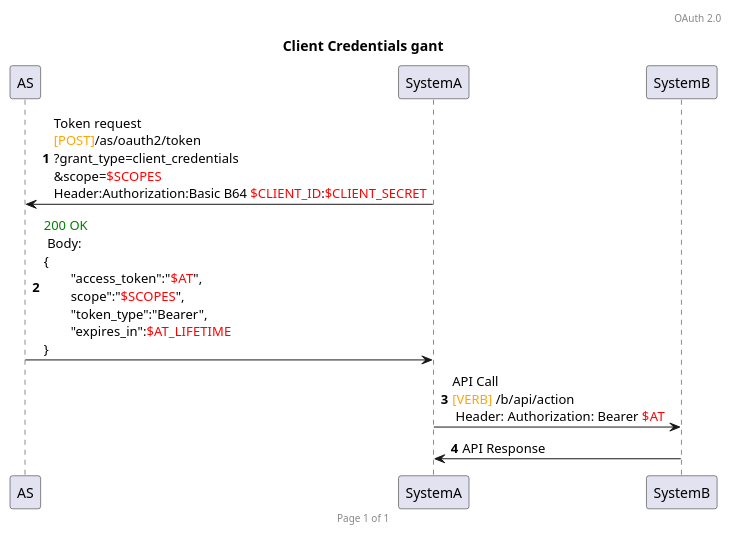
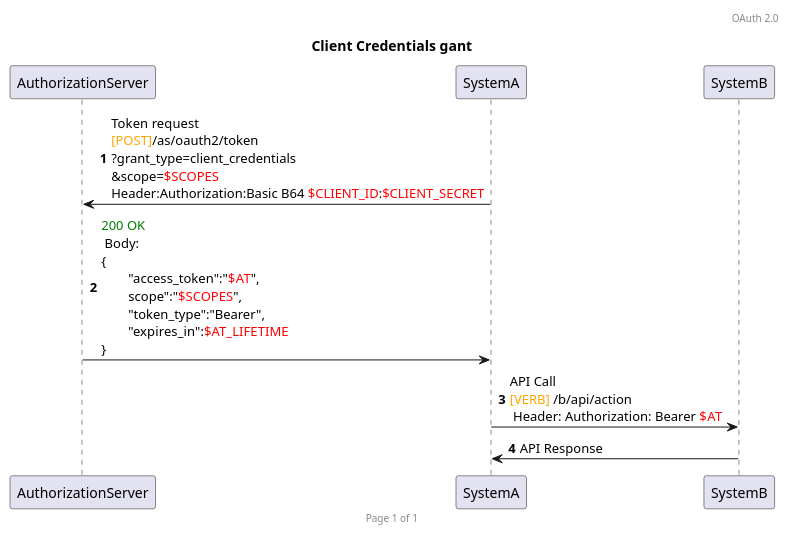
Before and after one commit to HenriLefevrePro/Articles: the diagram in plantuml/oauth2/client_credentials.plantuml, drawn with PlantUML.

```diff
--- a/plantuml/oauth2/client_credentials.plantuml
+++ b/plantuml/oauth2/client_credentials.plantuml
@@ -1,18 +1,18 @@
 @startuml
 
 header OAuth 2.0
 footer Page %page% of %lastpage%
 
 title Client Credentials gant
 autonumber
 
-participant AS
+participant AuthorizationServer
 participant SystemA
 participant SystemB
 
-SystemA -> AS : Token request\n<font color=orange>[POST]</font>/as/oauth2/token\n?grant_type=client_credentials\n&scope=<font color=red>$SCOPES</font>\nHeader:Authorization:Basic B64 <font color=red>$CLIENT_ID</font>:<font color=red>$CLIENT_SECRET</font>
-AS -> SystemA : <font color=green>200 OK</font> \n Body: \n{\n\t"access_token":"<font color=red>$AT</font>",\n\tscope":"<font color=red>$SCOPES</font>",\n\t"token_type":"Bearer",\n\t"expires_in":<font color=red>$AT_LIFETIME</font>\n}
+SystemA -> AuthorizationServer : Token request\n<font color=orange>[POST]</font>/as/oauth2/token\n?grant_type=client_credentials\n&scope=<font color=red>$SCOPES</font>\nHeader:Authorization:Basic B64 <font color=red>$CLIENT_ID</font>:<font color=red>$CLIENT_SECRET</font>
+AuthorizationServer -> SystemA : <font color=green>200 OK</font> \n Body: \n{\n\t"access_token":"<font color=red>$AT</font>",\n\tscope":"<font color=red>$SCOPES</font>",\n\t"token_type":"Bearer",\n\t"expires_in":<font color=red>$AT_LIFETIME</font>\n}
 
 SystemA -> SystemB : API Call \n<font color=orange>[VERB]</font> /b/api/action\n Header: Authorization: Bearer <font color=red>$AT</font>
 SystemB -> SystemA : API Response
 @enduml
```
